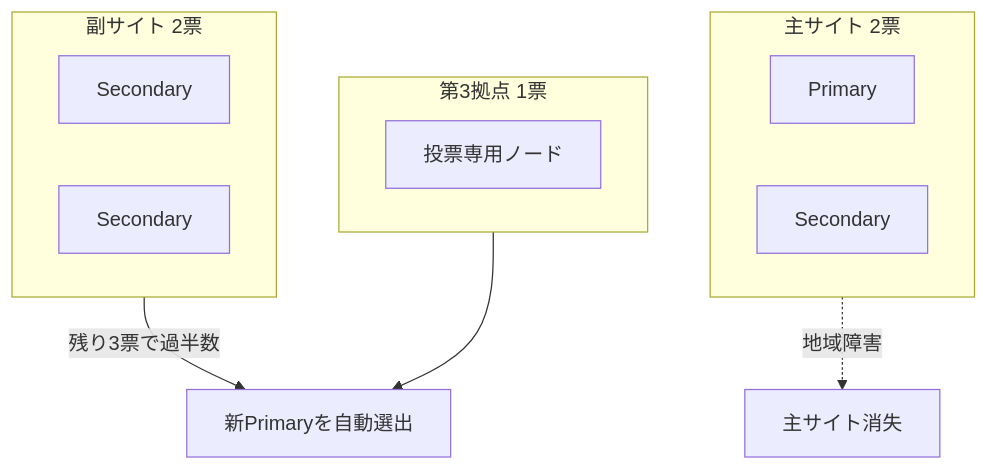
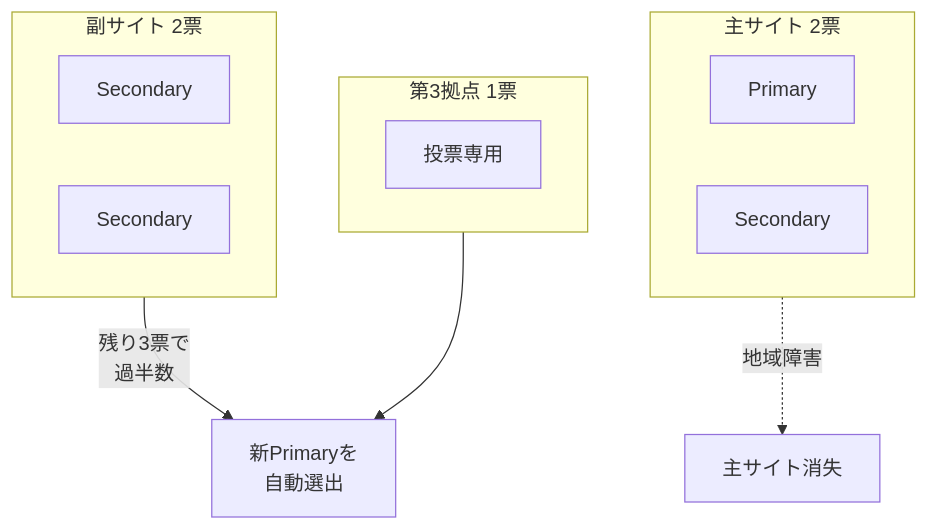
One commit to newbee1939/knowledge-flow changed the diagram in docs/blog/posts/2026-07-23.md. Above: the diagram before and after it, drawn with Mermaid. The commit also changed 23 other files, not shown here.

First line of the commit message:
style: Mermaid 図を縦向きにして本文幅に収める

````diff
--- a/docs/blog/posts/2026-07-23.md
+++ b/docs/blog/posts/2026-07-23.md
@@ -45,17 +45,17 @@
 ```mermaid
 flowchart TB
     subgraph 主サイト[主サイト 2票]
-        P[Primary] 
+        P[Primary]
         S1[Secondary]
     end
     subgraph 副サイト[副サイト 2票]
         S2[Secondary]
         S3[Secondary]
     end
     subgraph 第3拠点[第3拠点 1票]
-        V[投票専用ノード]
+        V[投票専用]
     end
     主サイト -.地域障害.-> X[主サイト消失]
-    副サイト -->|残り3票で過半数| NEW[新Primaryを自動選出]
+    副サイト -->|残り3票で<br/>過半数| NEW[新Primaryを<br/>自動選出]
     第3拠点 --> NEW
 ```
````
